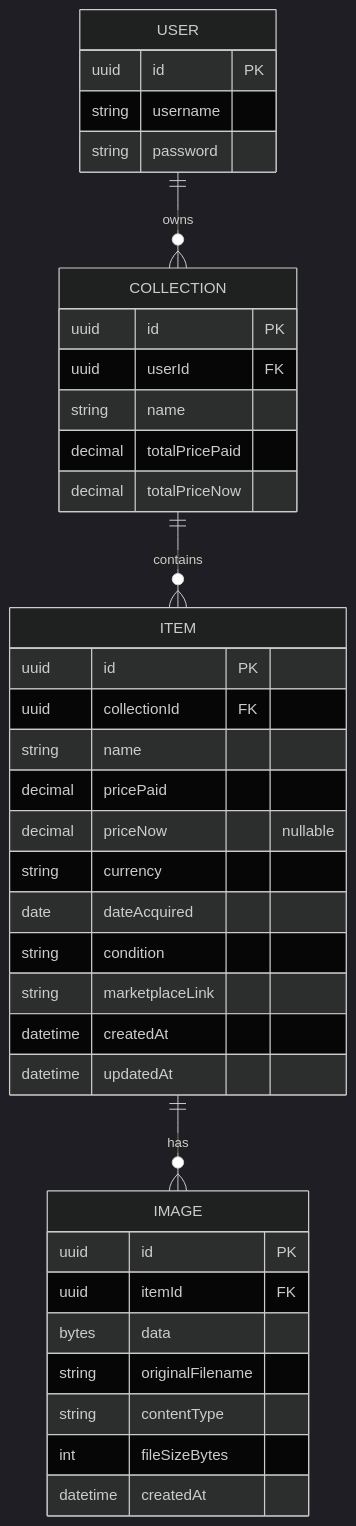
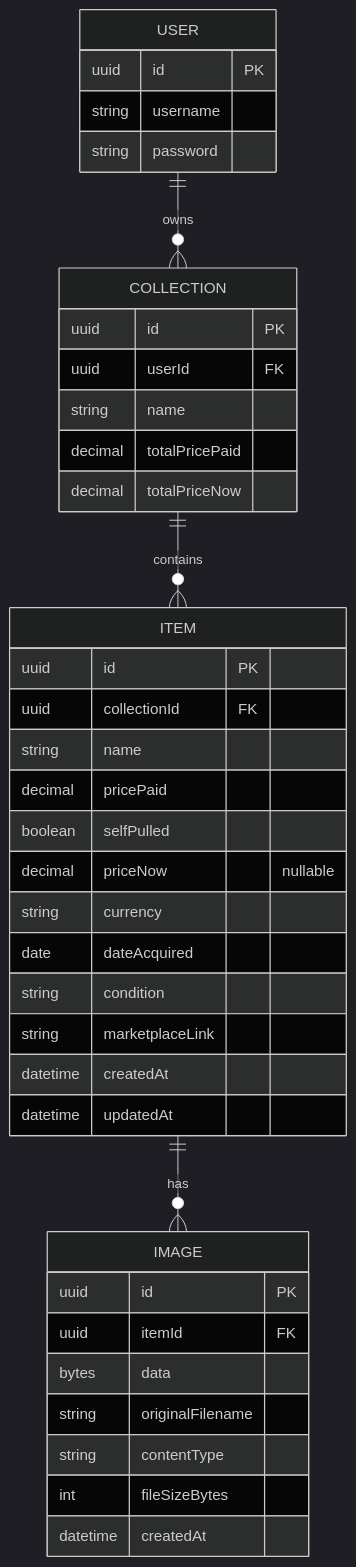
Before and after one commit to MarcoSchoch1/pack-rat-docs: the diagram in database/data-model-mvp.md, drawn with Mermaid (dark theme). The commit also changed other lines of this file and 3 other files, not shown here.

````diff
--- a/database/data-model-mvp.md
+++ b/database/data-model-mvp.md
@@ -5,40 +5,41 @@
 ```mermaid
 erDiagram
   USER ||--o{ COLLECTION : owns
   COLLECTION ||--o{ ITEM : contains
   ITEM ||--o{ IMAGE : has
   USER {
     uuid id PK
     string username
     string password
   }
   COLLECTION {
     uuid id PK
     uuid userId FK
     string name
     decimal totalPricePaid
     decimal totalPriceNow
   }
   ITEM {
     uuid id PK
     uuid collectionId FK
     string name
     decimal pricePaid
+    boolean selfPulled
     decimal priceNow "nullable"
     string currency
     date dateAcquired
     string condition
     string marketplaceLink
     datetime createdAt
     datetime updatedAt
   }
   IMAGE {
     uuid id PK
     uuid itemId FK
     bytes data
     string originalFilename
     string contentType
     int fileSizeBytes
     datetime createdAt
   }
 ```
````
